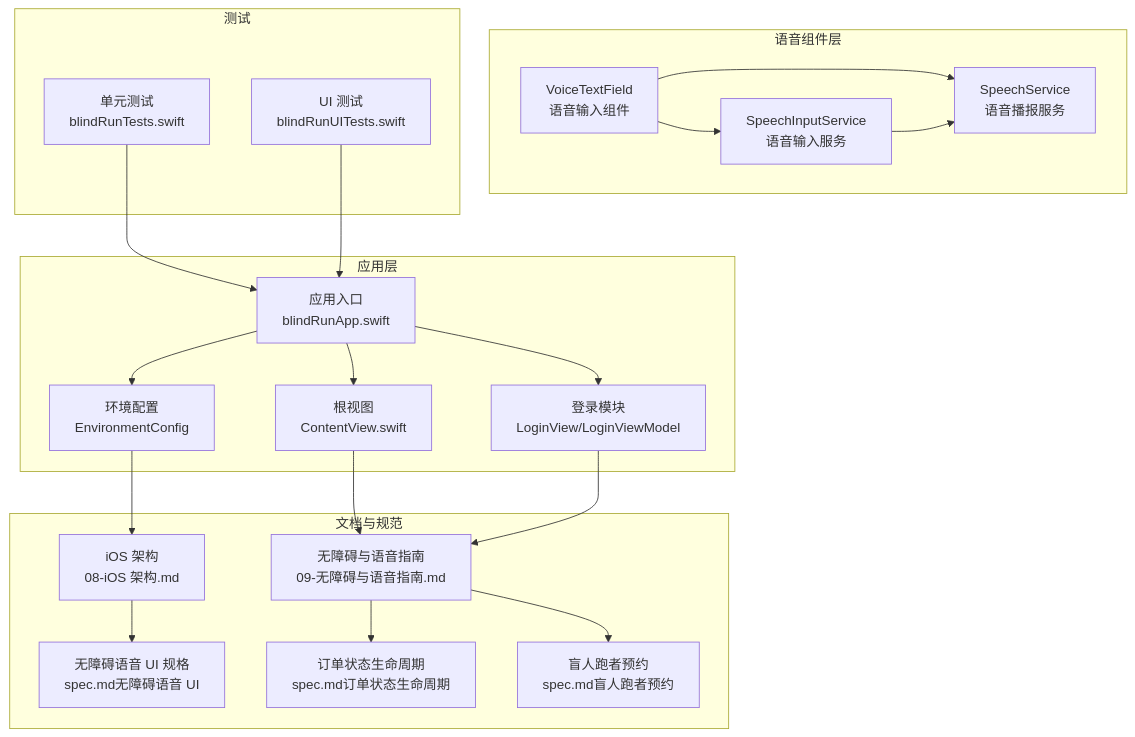
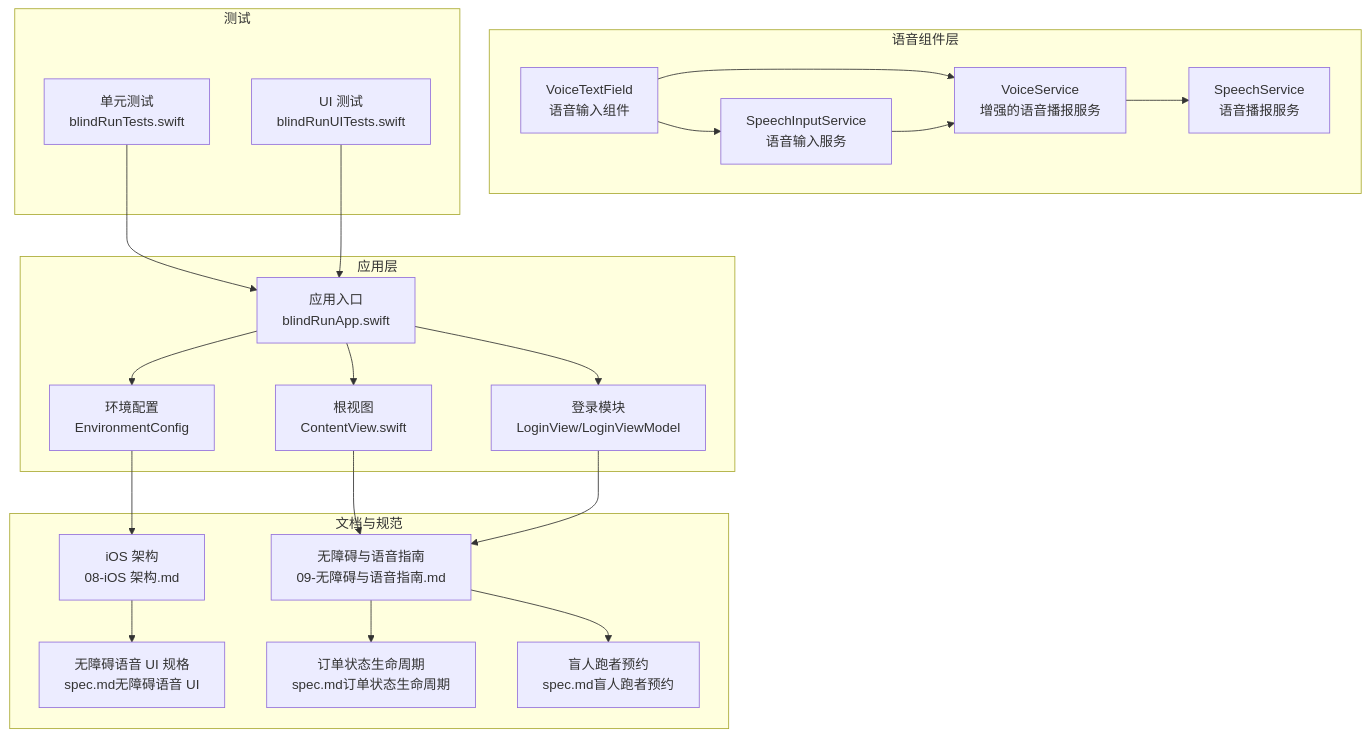
Before and after one commit to Jayden23018/blind-run-ios: the first of 3 diagrams in .qoder/repowiki/zh/content/核心功能模块/无障碍语音系统.md, drawn with Mermaid. The commit also changed other lines of this file and 22 other files, not shown here.

````diff
--- a/.qoder/repowiki/zh/content/核心功能模块/无障碍语音系统.md
+++ b/.qoder/repowiki/zh/content/核心功能模块/无障碍语音系统.md
@@ -65,39 +65,41 @@
 ```mermaid
 graph TB
 subgraph "应用层"
 App["应用入口<br/>blindRunApp.swift"]
 Content["根视图<br/>ContentView.swift"]
 Login["登录模块<br/>LoginView/LoginViewModel"]
 Env["环境配置<br/>EnvironmentConfig"]
 end
 subgraph "语音组件层"
 VTF["VoiceTextField<br/>语音输入组件"]
 SIS["SpeechInputService<br/>语音输入服务"]
 SS["SpeechService<br/>语音播报服务"]
+VS["VoiceService<br/>增强的语音播报服务"]
 end
 subgraph "文档与规范"
 Doc1["iOS 架构<br/>08-iOS 架构.md"]
 Doc2["无障碍与语音指南<br/>09-无障碍与语音指南.md"]
 Spec1["无障碍语音 UI 规格<br/>spec.md无障碍语音 UI"]
 Spec2["订单状态生命周期<br/>spec.md订单状态生命周期"]
 Spec3["盲人跑者预约<br/>spec.md盲人跑者预约"]
 end
 subgraph "测试"
 UT["单元测试<br/>blindRunTests.swift"]
 UIT["UI 测试<br/>blindRunUITests.swift"]
 end
 App --> Content
 App --> Login
 App --> Env
 Content --> Doc2
 Login --> Doc2
 Env --> Doc1
 VTF --> SIS
-VTF --> SS
-SIS --> SS
+VTF --> VS
+SIS --> VS
+VS --> SS
 Doc1 --> Spec1
 Doc2 --> Spec2
 Doc2 --> Spec3
 UT --> App
 UIT --> App
 ```
````
